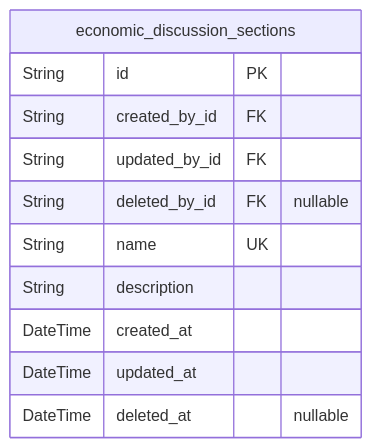
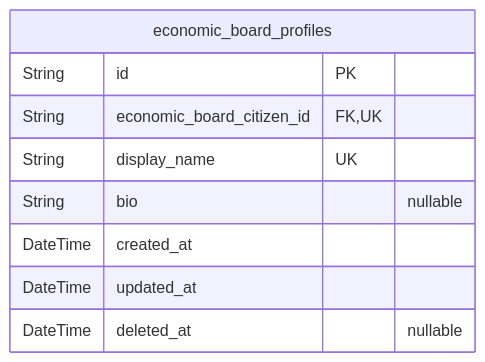
The second of 9 diagrams in qwen/qwen3-next-80b-a3b-instruct/bbs/docs/ERD.md (wrtnlabs/autobe-examples), drawn with Mermaid before and after one commit. The commit also changed other lines of this file and 11104 other files, not shown here.

````diff
--- a/qwen/qwen3-next-80b-a3b-instruct/bbs/docs/ERD.md
+++ b/qwen/qwen3-next-80b-a3b-instruct/bbs/docs/ERD.md
@@ -784,14 +567,12 @@
 ```mermaid
 erDiagram
-"economic_discussion_sections" {
+"economic_board_profiles" {
   String id PK
-  String created_by_id FK
-  String updated_by_id FK
-  String deleted_by_id FK "nullable"
-  String name UK
-  String description
+  String economic_board_citizen_id FK,UK
+  String display_name UK
+  String bio "nullable"
   DateTime created_at
   DateTime updated_at
   DateTime deleted_at "nullable"
 }
 ```
````
